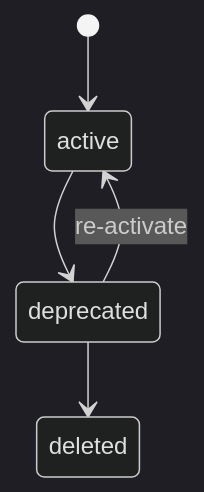
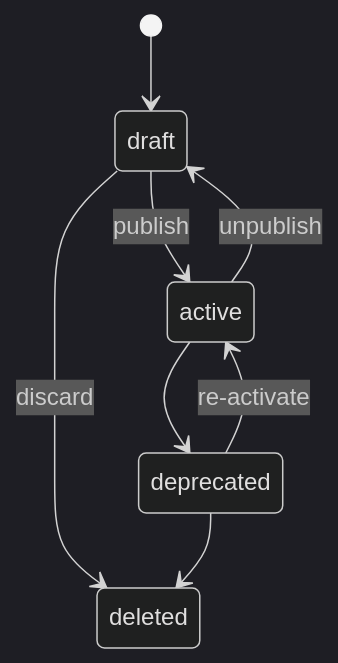
One commit to mlflow/rfcs changed the third of 3 diagrams in rfcs/0004-mcp-registry/0004-mcp-registry.md. Above: the diagram before and after it, drawn with Mermaid (dark theme). The commit also changed other lines of this file, not shown here.

First line of the commit message:
Add draft status as default for new MCP server versions

````diff
--- a/rfcs/0004-mcp-registry/0004-mcp-registry.md
+++ b/rfcs/0004-mcp-registry/0004-mcp-registry.md
@@ -449,7 +457,10 @@
 ```mermaid
 stateDiagram-v2
-    [*] --> active
+    [*] --> draft
+    draft --> active : publish
+    draft --> deleted : discard
+    active --> draft : unpublish
     active --> deprecated
     deprecated --> active : re-activate
     deprecated --> deleted
 ```
````
